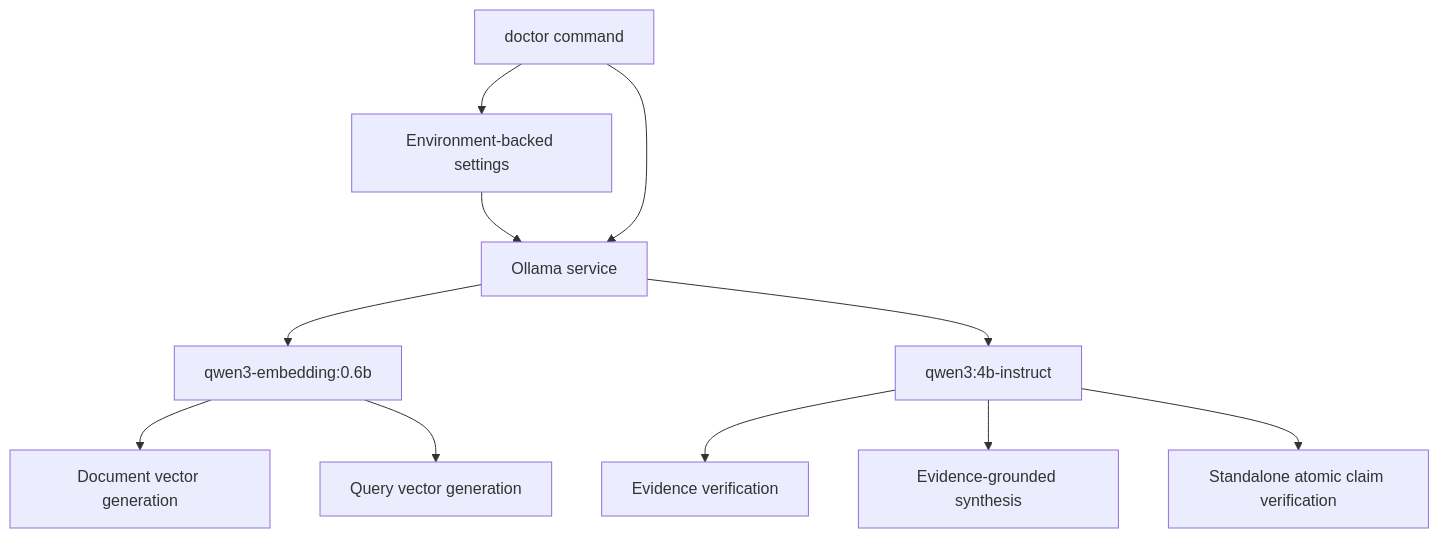
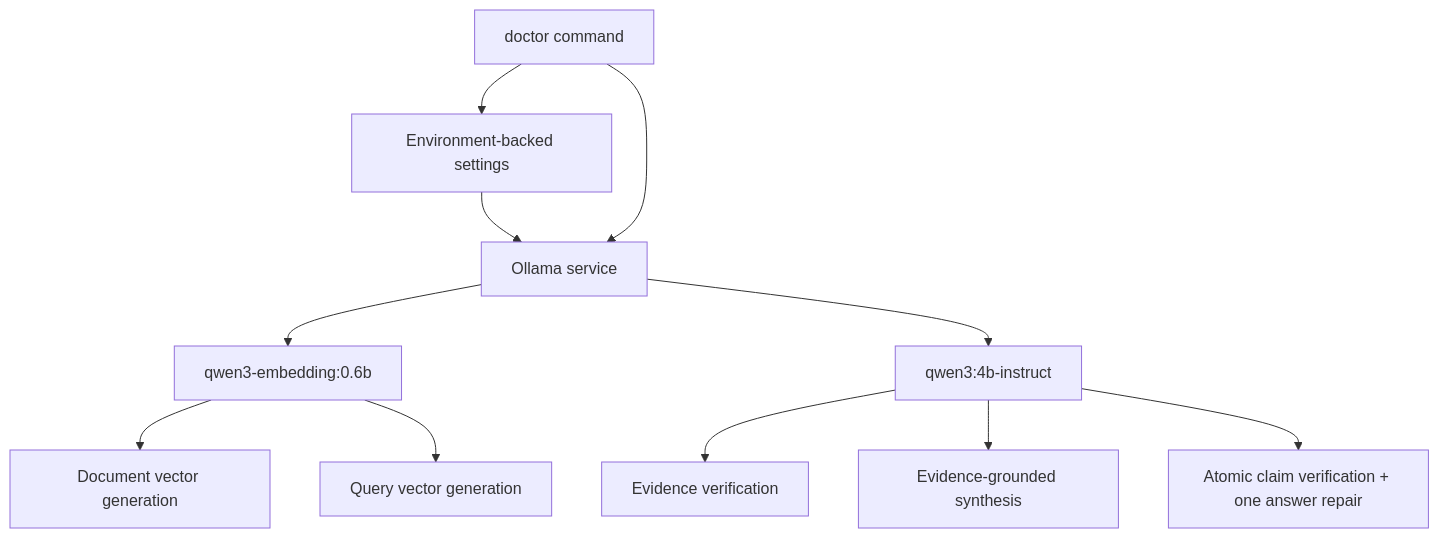
Before and after one commit to TQC0103/scientific-research-agent: the tenth of 11 diagrams in docs/SYSTEM_VISUALIZATION.md, drawn with Mermaid. The commit also changed other lines of this file and 10 other files, not shown here.

Commit message:
Integrate bounded claim verification flow

````diff
--- a/docs/SYSTEM_VISUALIZATION.md
+++ b/docs/SYSTEM_VISUALIZATION.md
@@ -258,15 +273,15 @@
 ```mermaid
 flowchart TD
     CONFIG["Environment-backed settings"] --> OLLAMA["Ollama service"]
     OLLAMA --> EMBEDDING["qwen3-embedding:0.6b"]
     OLLAMA --> REASONING["qwen3:4b-instruct"]
 
     EMBEDDING --> INDEX_BUILD["Document vector generation"]
     EMBEDDING --> QUERY_EMBED["Query vector generation"]
     REASONING --> VERIFY["Evidence verification"]
     REASONING --> ANSWER["Evidence-grounded synthesis"]
-    REASONING --> CLAIMS["Standalone atomic claim verification"]
+    REASONING --> CLAIMS["Atomic claim verification + one answer repair"]
 
     DOCTOR["doctor command"] --> CONFIG
     DOCTOR --> OLLAMA
 ```
````
